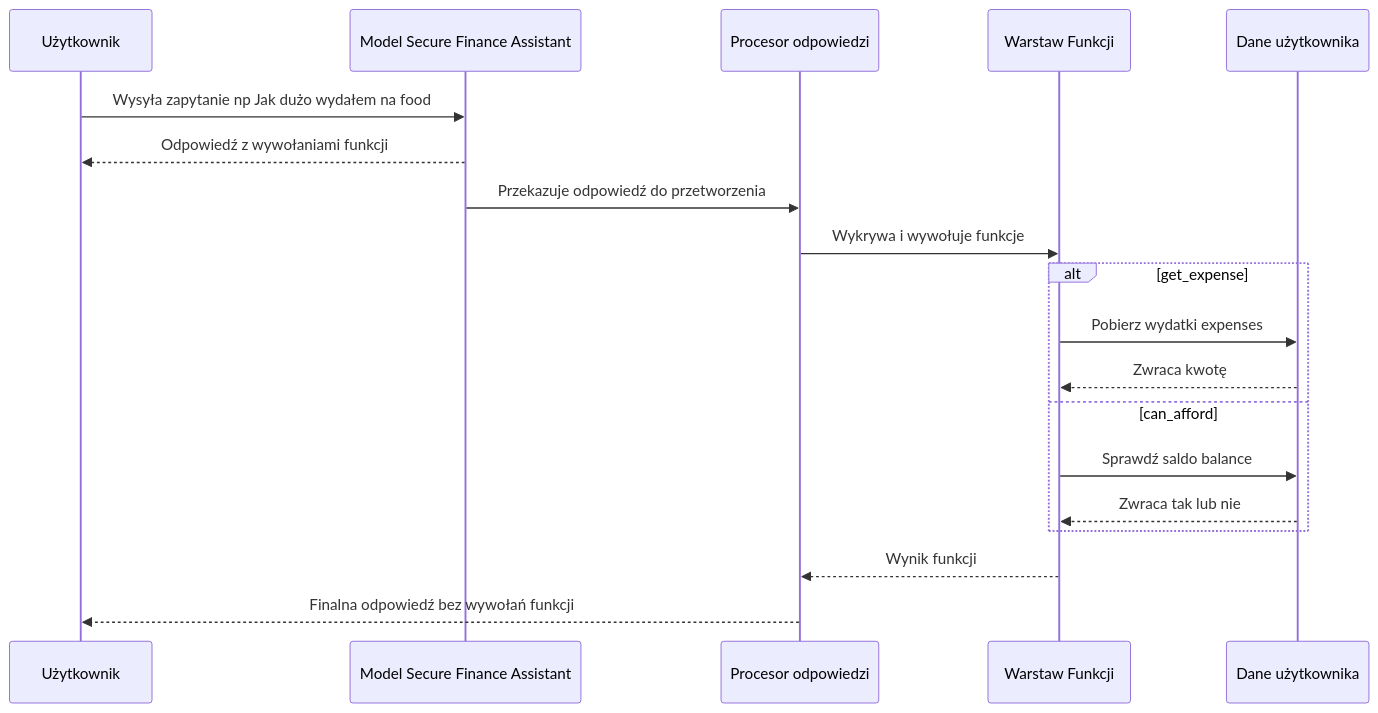
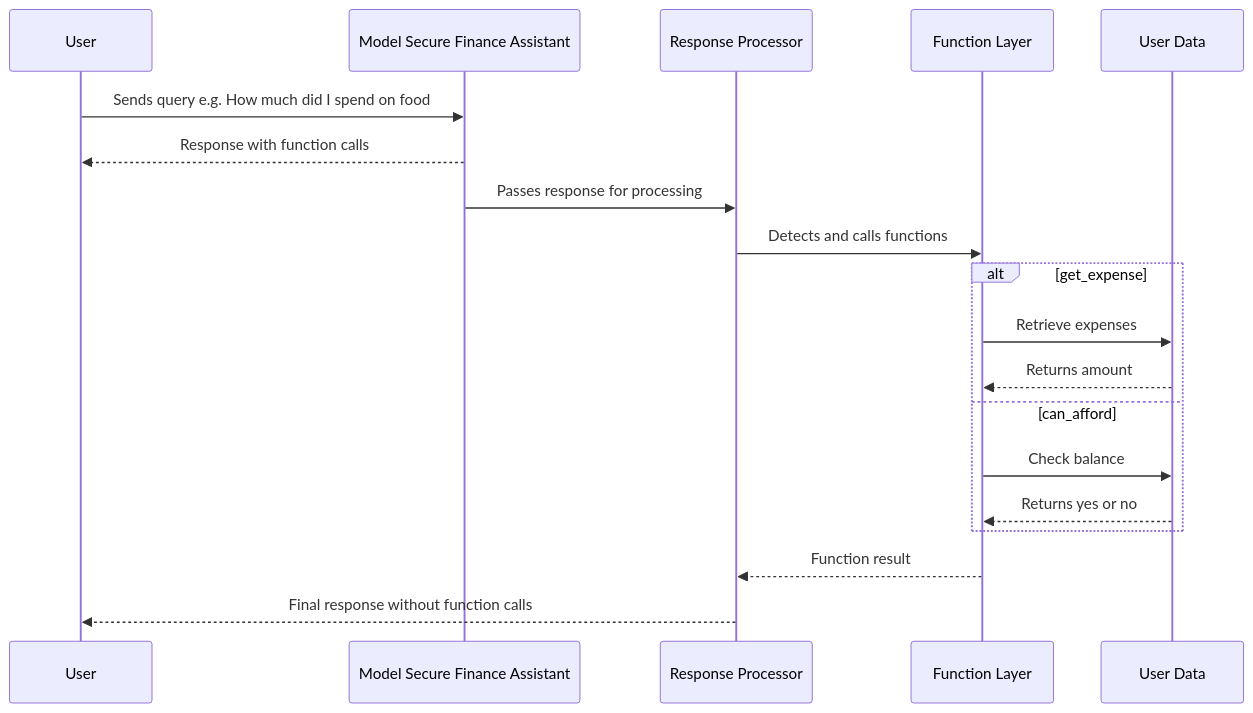
The diagram in diagrams/secure_finance_assistant.mmd (barto14753/masters-thesis), drawn with Mermaid before and after one commit. The commit also changed 2 other files, not shown here.

Commit message:
Add secure finance assistant diagram

```diff
--- a/diagrams/secure_finance_assistant.mmd
+++ b/diagrams/secure_finance_assistant.mmd
@@ -1,22 +1,22 @@
 sequenceDiagram
-    participant Użytkownik
+    participant User
     participant LLM as Model Secure Finance Assistant
-    participant Procesor as Procesor odpowiedzi
-    participant Funkcje as Warstaw Funkcji
-    participant Dane as Dane użytkownika
+    participant Processor as Response Processor
+    participant Functions as Function Layer
+    participant Data as User Data
 
-    Użytkownik->>LLM: Wysyła zapytanie np Jak dużo wydałem na food
-    LLM-->>Użytkownik: Odpowiedź z wywołaniami funkcji
-    LLM->>Procesor: Przekazuje odpowiedź do przetworzenia
-    Procesor->>Funkcje: Wykrywa i wywołuje funkcje
+    User->>LLM: Sends query e.g. How much did I spend on food
+    LLM-->>User: Response with function calls
+    LLM->>Processor: Passes response for processing
+    Processor->>Functions: Detects and calls functions
 
     alt get_expense
-        Funkcje->>Dane: Pobierz wydatki expenses
-        Dane-->>Funkcje: Zwraca kwotę
+        Functions->>Data: Retrieve expenses
+        Data-->>Functions: Returns amount
     else can_afford
-        Funkcje->>Dane: Sprawdź saldo balance
-        Dane-->>Funkcje: Zwraca tak lub nie
+        Functions->>Data: Check balance
+        Data-->>Functions: Returns yes or no
     end
 
-    Funkcje-->>Procesor: Wynik funkcji
-    Procesor-->>Użytkownik: Finalna odpowiedź bez wywołań funkcji
+    Functions-->>Processor: Function result
+    Processor-->>User: Final response without function calls
```
